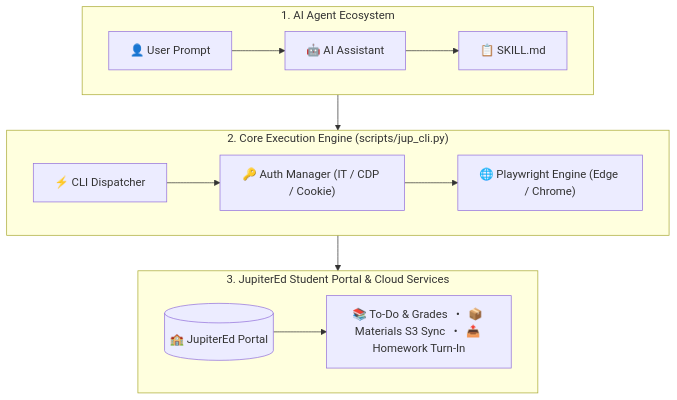
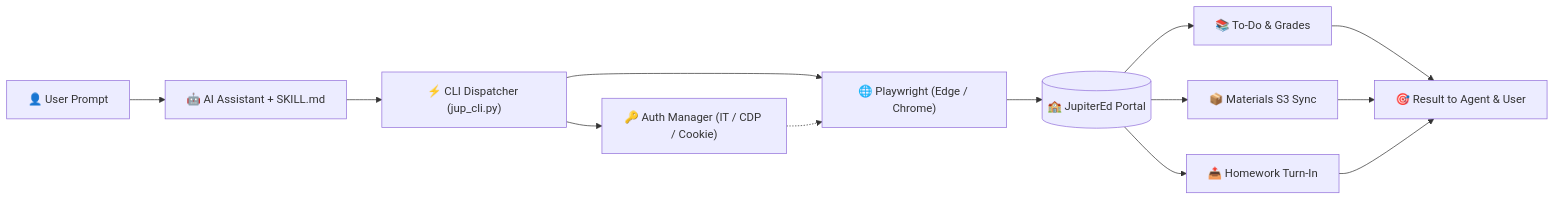
One commit to NMDX0721/jupitered-skills changed the diagram in README.md. Above: the diagram before and after it, drawn with Mermaid. The commit also changed 1 other file, not shown here.

Commit message:
docs: restore clean flat modern pipeline with converging end-node to eliminate button overlap

````diff
--- a/README.md
+++ b/README.md
@@ -58,19 +58,17 @@
 ```mermaid
-flowchart TD
-    subgraph L1 ["1. AI Agent Ecosystem"]
-        direction LR
-        User["👤 User Prompt"] --> Agent["🤖 AI Assistant"] --> Skill["📋 SKILL.md"]
-    end
+flowchart LR
+    User["👤 User Prompt"] --> Agent["🤖 AI Assistant + SKILL.md"]
+    Agent --> CLI["⚡ CLI Dispatcher (jup_cli.py)"]
+    CLI --> Auth["🔑 Auth Manager (IT / CDP / Cookie)"]
+    CLI --> Browser["🌐 Playwright (Edge / Chrome)"]
+    Auth -.-> Browser
+    Browser --> Portal[("🏫 JupiterEd Portal")]
     
-    subgraph L2 ["2. Core Execution Engine (scripts/jup_cli.py)"]
-        direction LR
-        CLI["⚡ CLI Dispatcher"] --> Auth["🔑 Auth Manager (IT / CDP / Cookie)"] --> Browser["🌐 Playwright Engine (Edge / Chrome)"]
-    end
-
-    subgraph L3 ["3. JupiterEd Student Portal & Cloud Services"]
-        direction LR
-        Portal[("🏫 JupiterEd Portal")] --> Actions["📚 To-Do & Grades   •   📦 Materials S3 Sync   •   📤 Homework Turn-In"]
-    end
-
-    L1 --> L2 --> L3
+    Portal --> ToDo["📚 To-Do & Grades"]
+    Portal --> Mat["📦 Materials S3 Sync"]
+    Portal --> TurnIn["📤 Homework Turn-In"]
+    
+    ToDo --> Out["🎯 Result to Agent & User"]
+    Mat --> Out
+    TurnIn --> Out
 ```
````
